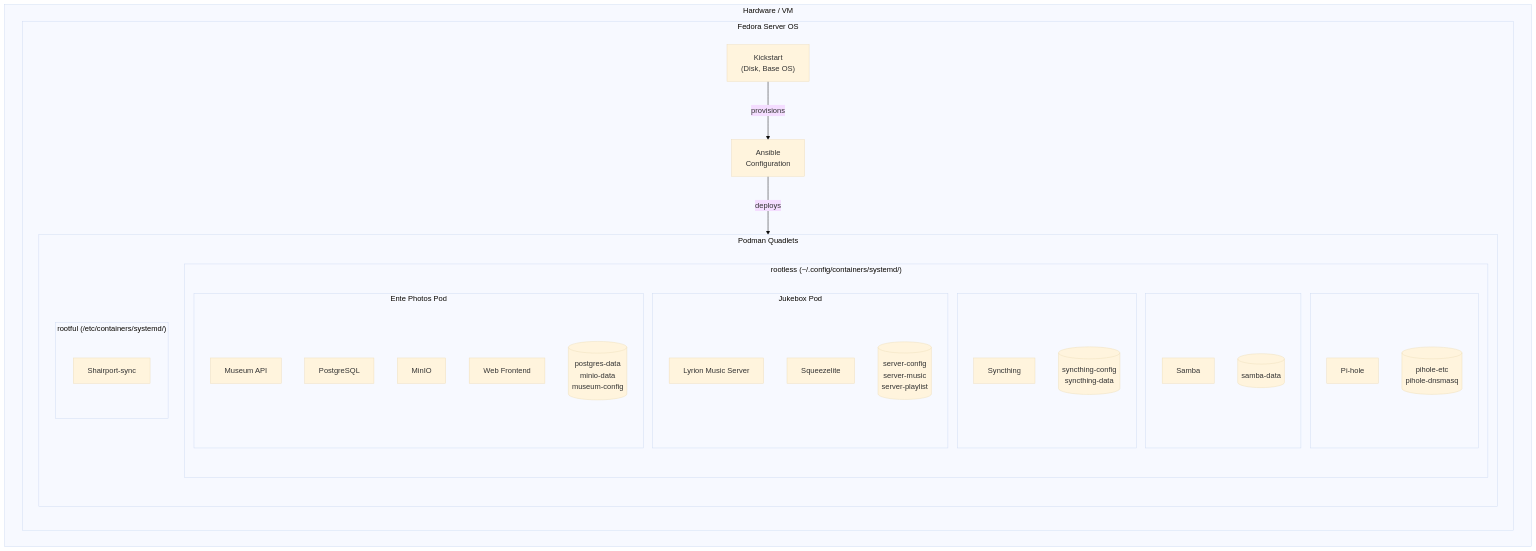
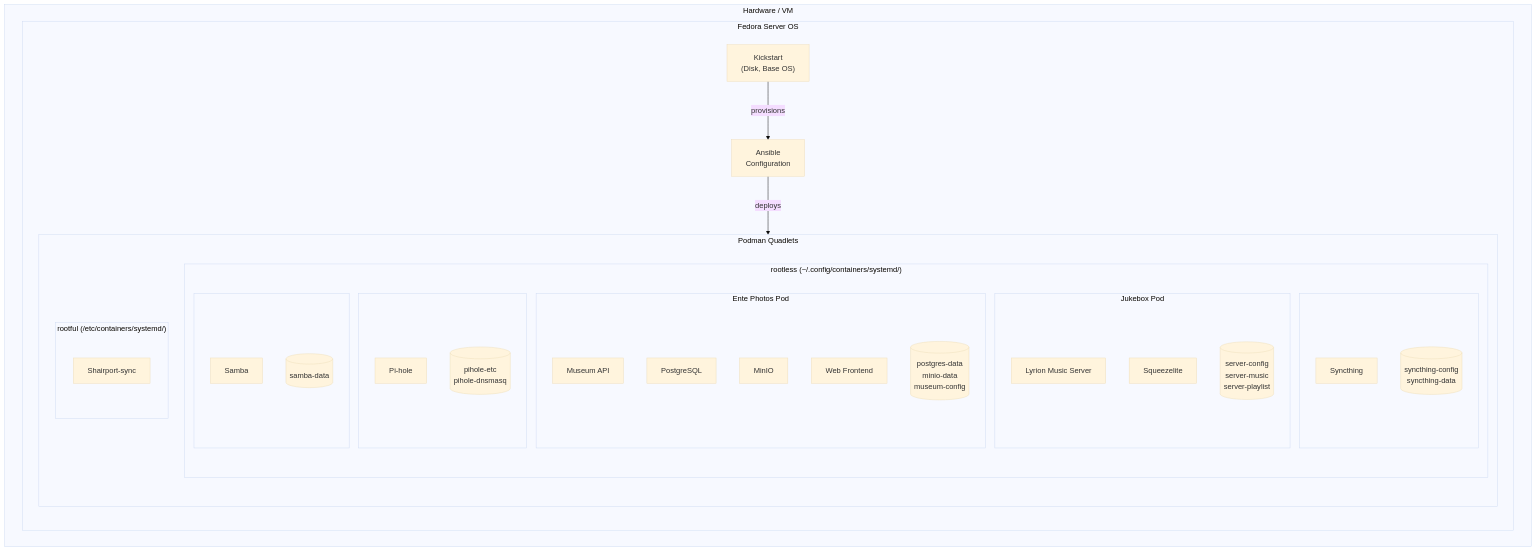
The diagram in README.md (luckynrslevin/home-server), drawn with Mermaid (base theme) before and after one commit. The commit also changed other lines of this file, not shown here.

First line of the commit message:
Rearrange rootless containers in architecture diagram

````diff
--- a/README.md
+++ b/README.md
@@ -111,41 +111,41 @@
 ```mermaid
 graph TD
     subgraph HW["Hardware / VM"]
         subgraph OS["Fedora Server OS"]
             KS["Kickstart<br/>(Disk, Base OS)"] -->|provisions| ANS["Ansible<br/>Configuration"]
             ANS -->|deploys| PODMAN
 
             subgraph PODMAN["Podman Quadlets"]
                 subgraph RL["rootless (~/.config/containers/systemd/)"]
-                    subgraph PH_S[" "]
-                        PH["Pi-hole"]
-                        PH_V[("pihole-etc<br/>pihole-dnsmasq")]
-                    end
-                    subgraph SMB_S[" "]
-                        SMB["Samba"]
-                        SMB_V[("samba-data")]
-                    end
                     subgraph ST_S[" "]
                         ST["Syncthing"]
                         ST_V[("syncthing-config<br/>syncthing-data")]
                     end
                     subgraph JB["Jukebox Pod"]
                         LMS["Lyrion Music Server"]
                         SL["Squeezelite"]
                         JB_V[("server-config<br/>server-music<br/>server-playlist")]
                     end
                     subgraph EP["Ente Photos Pod"]
                         MUS["Museum API"]
                         PG["PostgreSQL"]
                         MIN["MinIO"]
                         WEB["Web Frontend"]
                         EP_V[("postgres-data<br/>minio-data<br/>museum-config")]
                     end
+                    subgraph PH_S[" "]
+                        PH["Pi-hole"]
+                        PH_V[("pihole-etc<br/>pihole-dnsmasq")]
+                    end
+                    subgraph SMB_S[" "]
+                        SMB["Samba"]
+                        SMB_V[("samba-data")]
+                    end
                 end
                 subgraph RF["rootful (/etc/containers/systemd/)"]
                     SH["Shairport-sync"]
                 end
             end
         end
     end
 ```
````
